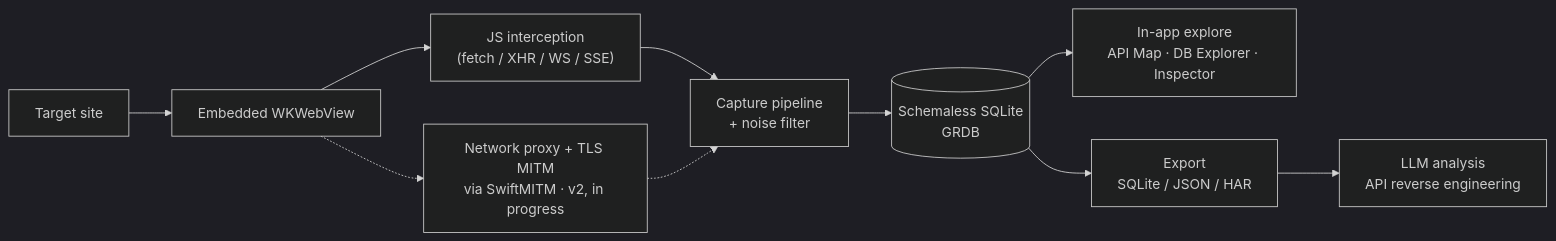
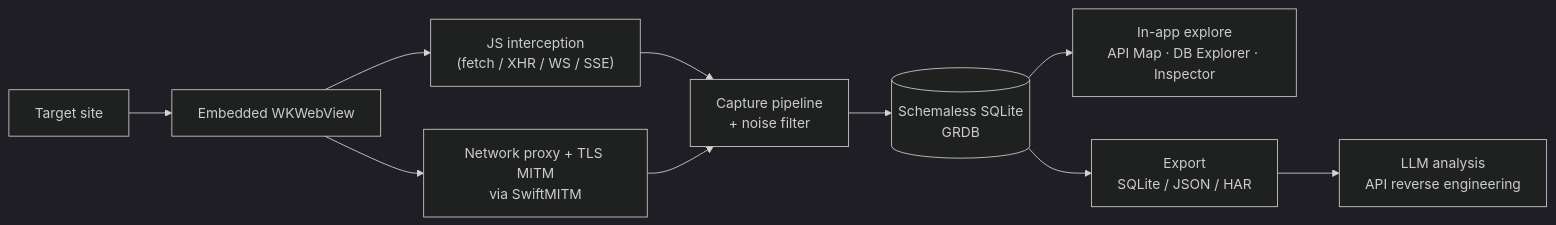
Before and after one commit to ul0gic/api-ghost: the diagram in README.md, drawn with Mermaid (dark theme). The commit also changed other lines of this file, not shown here.

First line of the commit message:
Add download/install instructions and mark network mode as shipped

````diff
--- a/README.md
+++ b/README.md
@@ -47,12 +66,12 @@
 ```mermaid
 flowchart LR
     T[Target site] --> WV[Embedded WKWebView]
     WV --> JS["JS interception<br/>(fetch / XHR / WS / SSE)"]
-    WV -.-> NP["Network proxy + TLS MITM<br/>via SwiftMITM · v2, in progress"]
+    WV --> NP["Network proxy + TLS MITM<br/>via SwiftMITM"]
     JS --> CAP[Capture pipeline<br/>+ noise filter]
-    NP -.-> CAP
+    NP --> CAP
     CAP --> DB[(Schemaless SQLite<br/>GRDB)]
     DB --> UI[In-app explore<br/>API Map · DB Explorer · Inspector]
     DB --> EX[Export<br/>SQLite / JSON / HAR]
     EX --> LLM[LLM analysis<br/>API reverse engineering]
 ```
````
